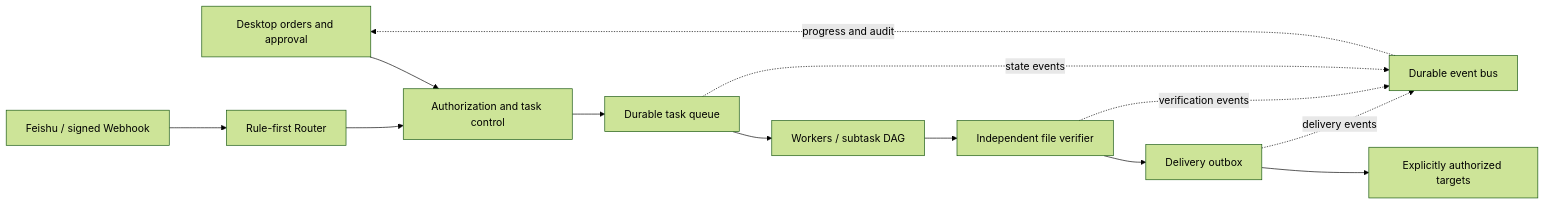
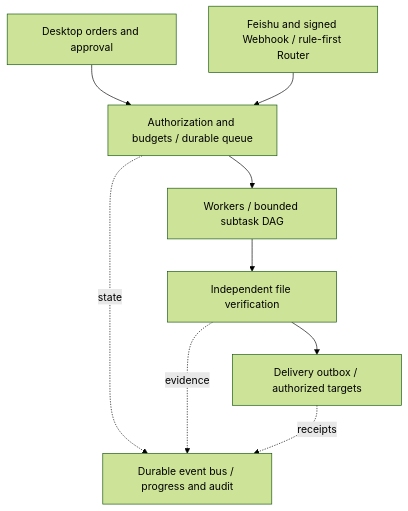
One commit to konglong87/super-niuma changed the diagram in README.en.md. Above: the diagram before and after it, drawn with Mermaid (forest theme). The commit also changed 2 other files, not shown here.

Commit message:
docs: keep architecture overview readable on the GitHub project page

````diff
--- a/README.en.md
+++ b/README.en.md
@@ -105,15 +105,11 @@
 ```mermaid
-flowchart LR
-    Desktop[Desktop orders and approval] --> Control[Authorization and task control]
-    Channels[Feishu / signed Webhook] --> Router[Rule-first Router]
-    Router --> Control
-    Control --> Queue[Durable task queue]
-    Queue --> Workers[Workers / subtask DAG]
-    Workers --> Verify[Independent file verifier]
-    Verify --> Outbox[Delivery outbox]
-    Outbox --> Targets[Explicitly authorized targets]
-    Queue -. state events .-> Bus[Durable event bus]
-    Verify -. verification events .-> Bus
-    Outbox -. delivery events .-> Bus
-    Bus -. progress and audit .-> Desktop
+flowchart TB
+    Desktop[Desktop orders and approval] --> Control[Authorization and budgets / durable queue]
+    Router[Feishu and signed Webhook / rule-first Router] --> Control
+    Control --> Workers[Workers / bounded subtask DAG]
+    Workers --> Verify[Independent file verification]
+    Verify --> Outbox[Delivery outbox / authorized targets]
+    Control -. state .-> Bus[Durable event bus / progress and audit]
+    Verify -. evidence .-> Bus
+    Outbox -. receipts .-> Bus
 ```
````
